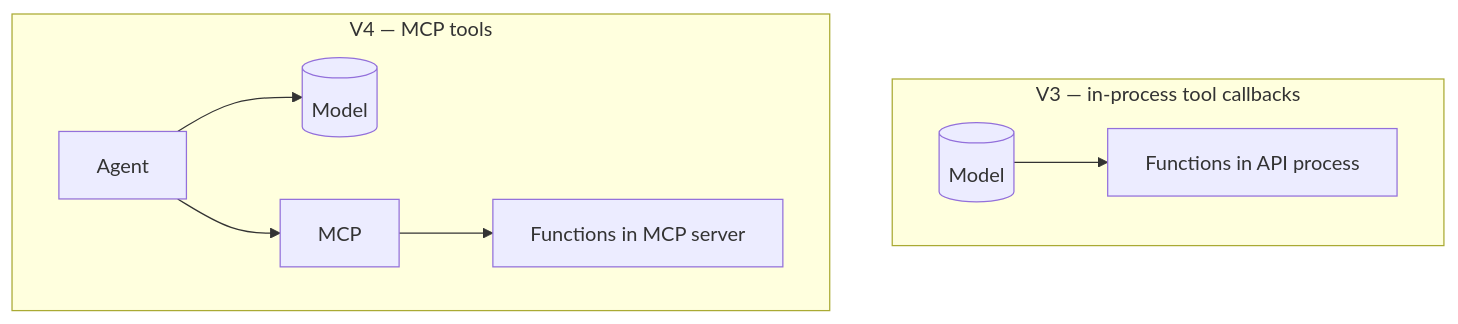
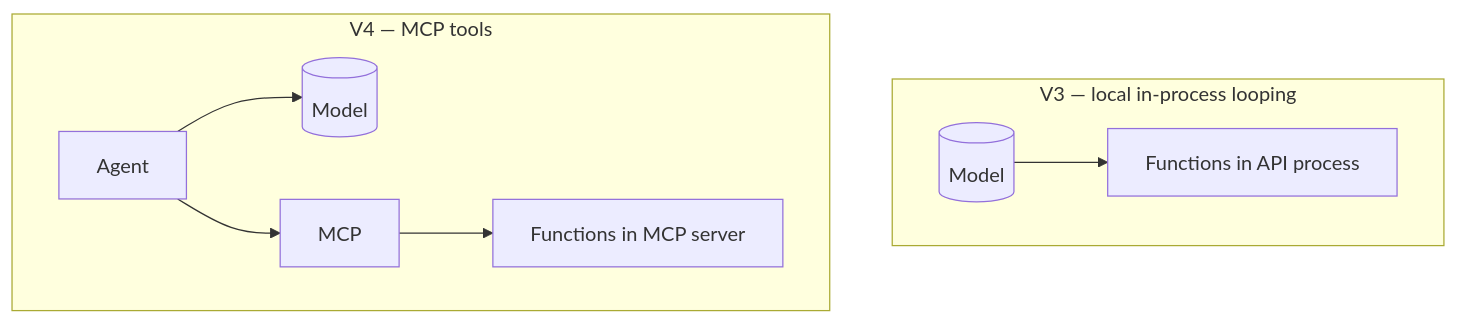
Before and after one commit to dustinkorzaan/weather-1116: diagram 26 of 26 in docs/4-demystifying-foundry-agents-mcp/demystifying-model-agent-tools-mcp-brainstorming.md, drawn with Mermaid. The commit also changed other lines of this file and 55 other files, not shown here.

````diff
--- a/docs/4-demystifying-foundry-agents-mcp/demystifying-model-agent-tools-mcp-brainstorming.md
+++ b/docs/4-demystifying-foundry-agents-mcp/demystifying-model-agent-tools-mcp-brainstorming.md
@@ -466,11 +466,11 @@
 ```mermaid
 flowchart TD
-    subgraph V3["V3 — in-process tool callbacks"]
+    subgraph V3["V3 — local in-process looping"]
         M3[(Model)] --> F3[Functions in API process]
     end
     subgraph V4["V4 — MCP tools"]
         A4[Agent] --> M4[(Model)]
         A4 --> MC[MCP]
         MC --> F4[Functions in MCP server]
     end
 ```
````
